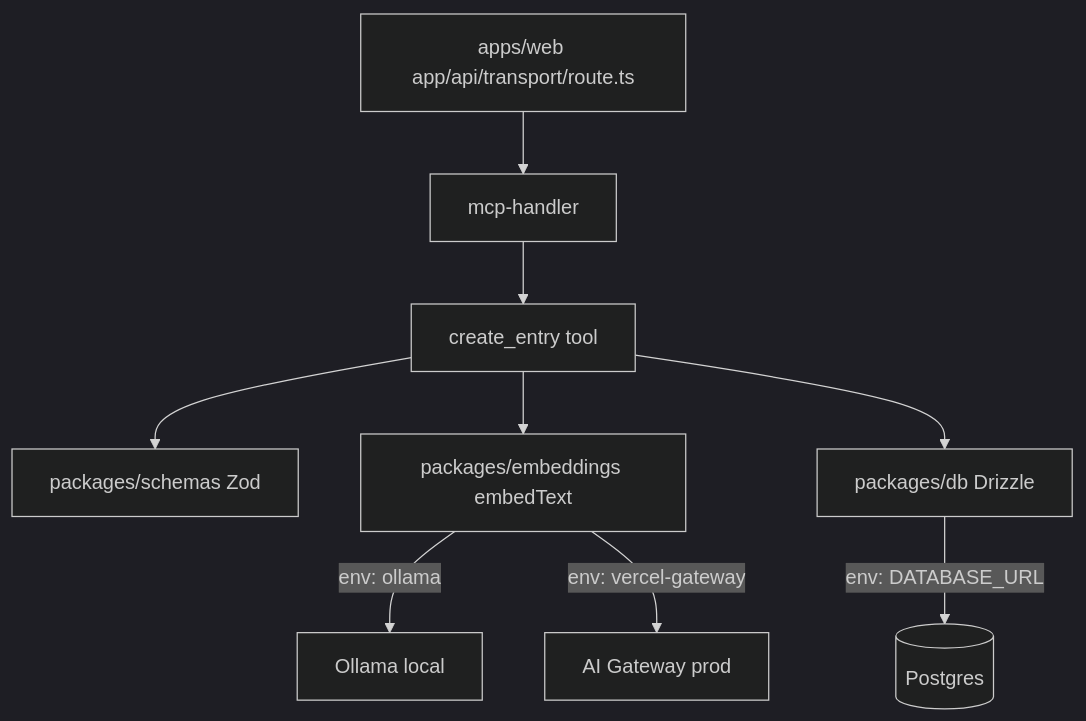
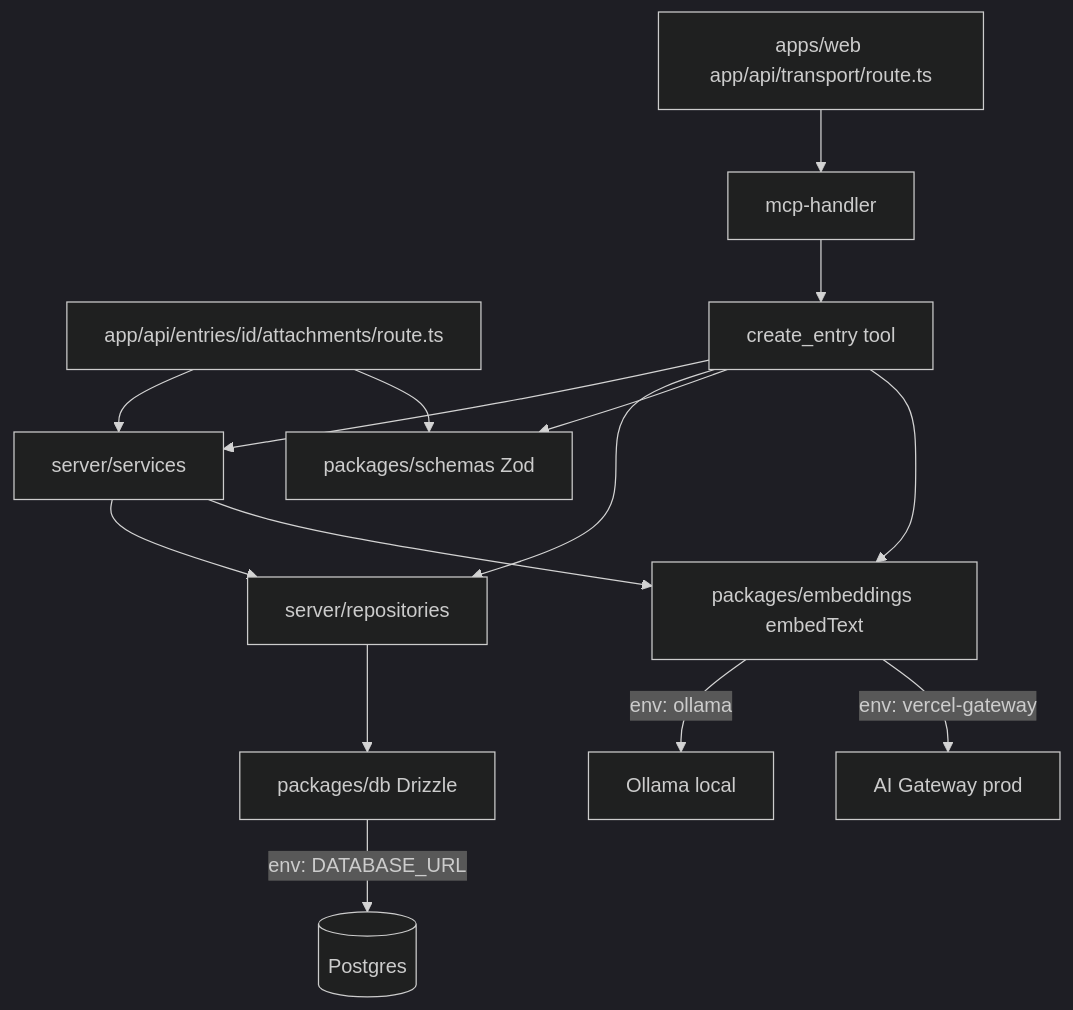
The ninth of 9 diagrams in ARCHITECTURE.md (roussakov/journal), drawn with Mermaid (dark theme) before and after one commit. The commit also changed other lines of this file and 32 other files, not shown here.

First line of the commit message:
feat(web): add photo attachments noop mvp for entries (#9)

````diff
--- a/ARCHITECTURE.md
+++ b/ARCHITECTURE.md
@@ -224,17 +318,26 @@
 ```mermaid
 flowchart TB
   Route["apps/web app/api/transport/route.ts"]
+  AttachAPI["app/api/entries/id/attachments/route.ts"]
   Handler[mcp-handler]
   Tool[create_entry tool]
+  Services["server/services"]
+  Repo["server/repositories"]
   Schemas[packages/schemas Zod]
   Embeddings[packages/embeddings embedText]
   DB[packages/db Drizzle]
 
   Route --> Handler --> Tool
+  Tool --> Services
+  Tool --> Repo
   Tool --> Schemas
   Tool --> Embeddings
-  Tool --> DB
+  AttachAPI --> Services
+  AttachAPI --> Schemas
+  Services --> Repo
+  Services --> Embeddings
+  Repo --> DB
   Embeddings -->|"env: ollama"| OllamaLocal[Ollama local]
   Embeddings -->|"env: vercel-gateway"| GatewayProd[AI Gateway prod]
   DB -->|"env: DATABASE_URL"| PostgresAny[(Postgres)]
 ```
````
